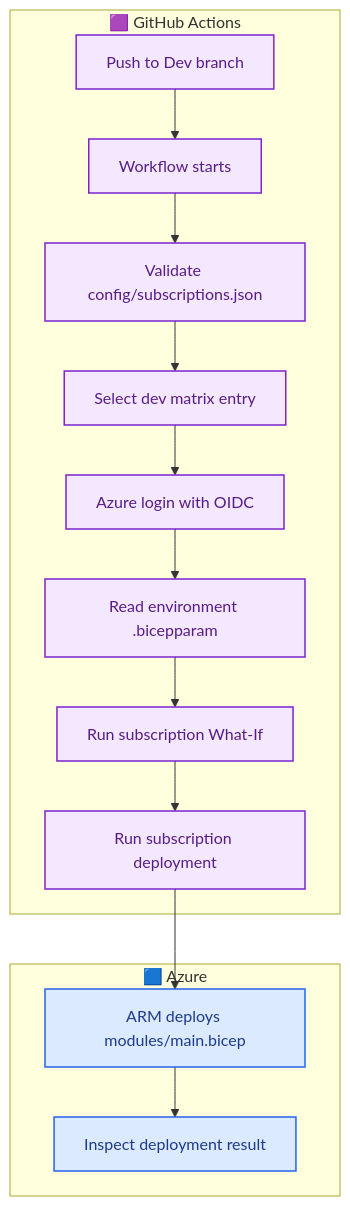
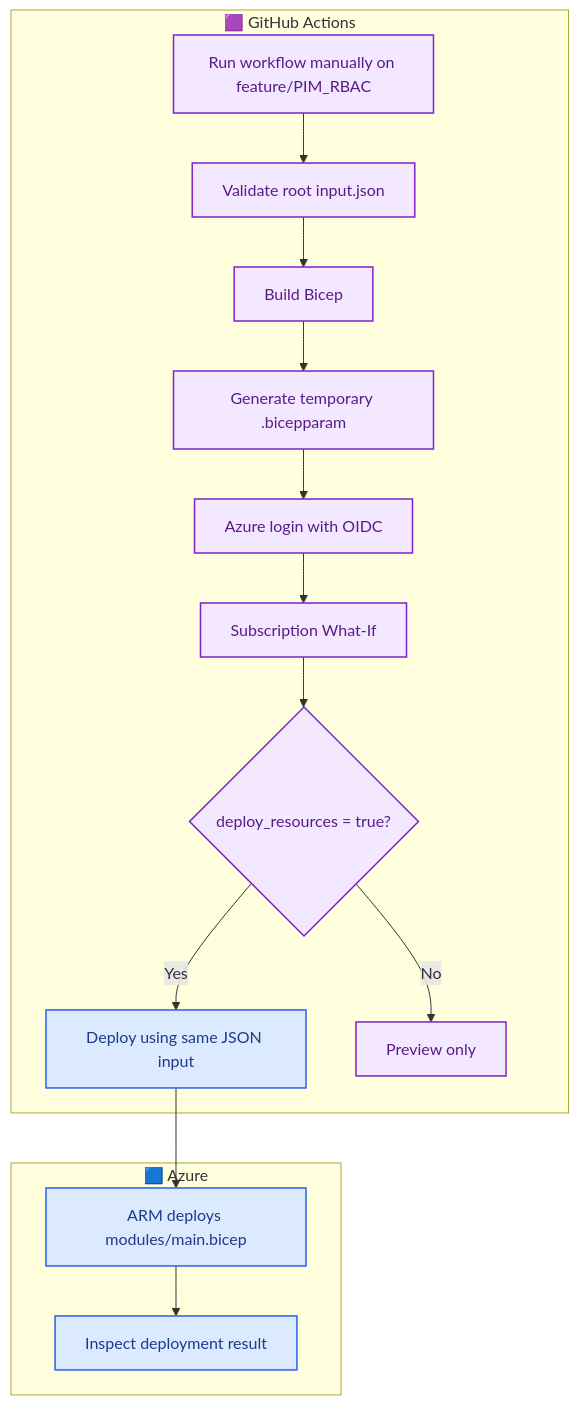
One commit to OLYMPUSPRIME/GPT-BIFROST changed the first of 5 diagrams in README.md. Above: the diagram before and after it, drawn with Mermaid. The commit also changed other lines of this file, not shown here.

Commit message:
Update README to reflect implemented JSON deployment workflow

````diff
--- a/README.md
+++ b/README.md
@@ -39,21 +39,22 @@
 ```mermaid
 flowchart TD
   subgraph GitHub["🟪 GitHub Actions"]
-    A["Push to Dev branch"] --> B["Workflow starts"]
-    B --> C["Validate config/subscriptions.json"]
-    C --> D["Select dev matrix entry"]
+    A["Run workflow manually on feature/PIM_RBAC"] --> B["Validate root input.json"]
+    B --> C["Build Bicep"]
+    C --> D["Generate temporary .bicepparam"]
     D --> E["Azure login with OIDC"]
-    E --> F["Read environment .bicepparam"]
-    F --> G["Run subscription What-If"]
-    G --> H["Run subscription deployment"]
+    E --> F["Subscription What-If"]
+    F --> G{"deploy_resources = true?"}
+    G -->|Yes| H["Deploy using same JSON input"]
+    G -->|No| I["Preview only"]
   end
   subgraph Azure["🟦 Azure"]
-    H --> I["ARM deploys modules/main.bicep"]
-    I --> J["Inspect deployment result"]
+    H --> J["ARM deploys modules/main.bicep"]
+    J --> K["Inspect deployment result"]
   end
   classDef github fill:#f3e8ff,stroke:#7e22ce,color:#581c87,stroke-width:1.5px;
   classDef azure fill:#dbeafe,stroke:#2563eb,color:#1e3a8a,stroke-width:1.5px;
   classDef action fill:#dcfce7,stroke:#16a34a,color:#14532d,stroke-width:1.5px;
-  class A,B,C,D,E,F,G,H github;
-  class I,J azure;
+  class A,B,C,D,E,F,G,I github;
+  class H,J,K azure;
 ```
````
